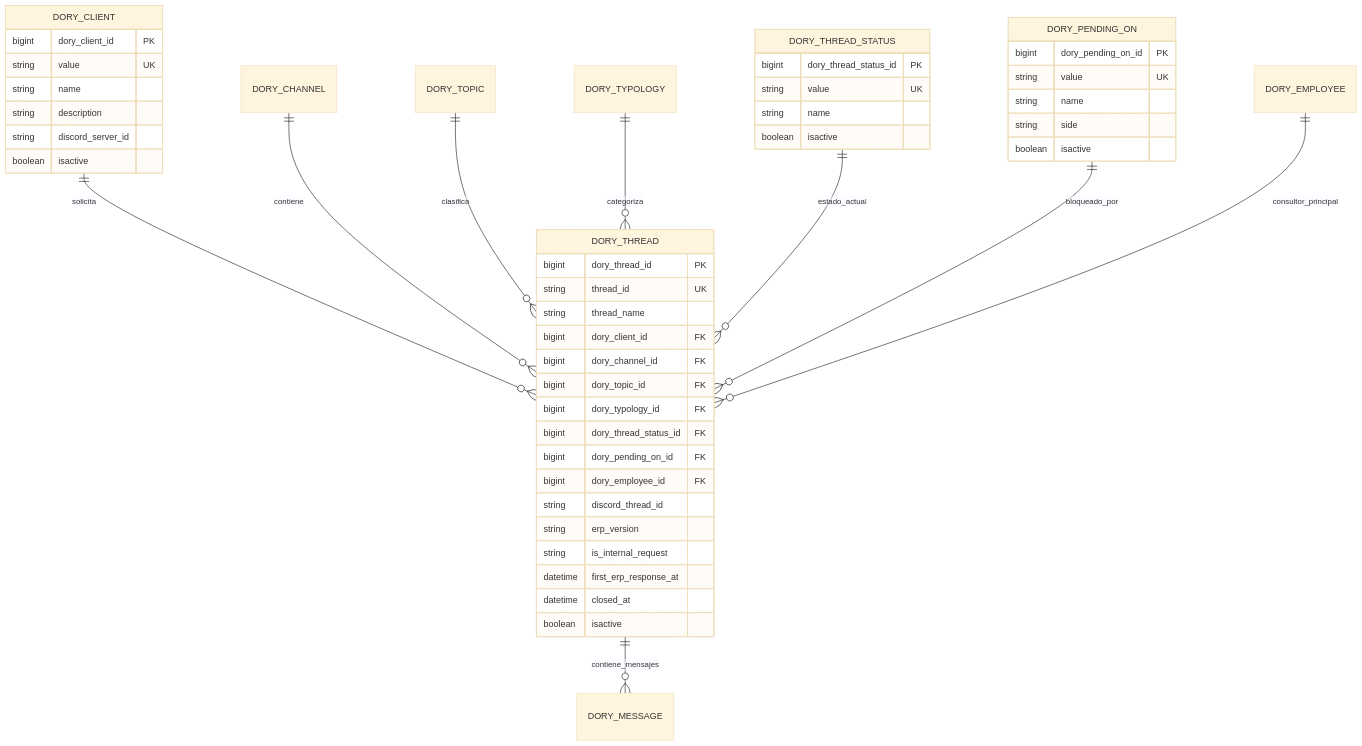
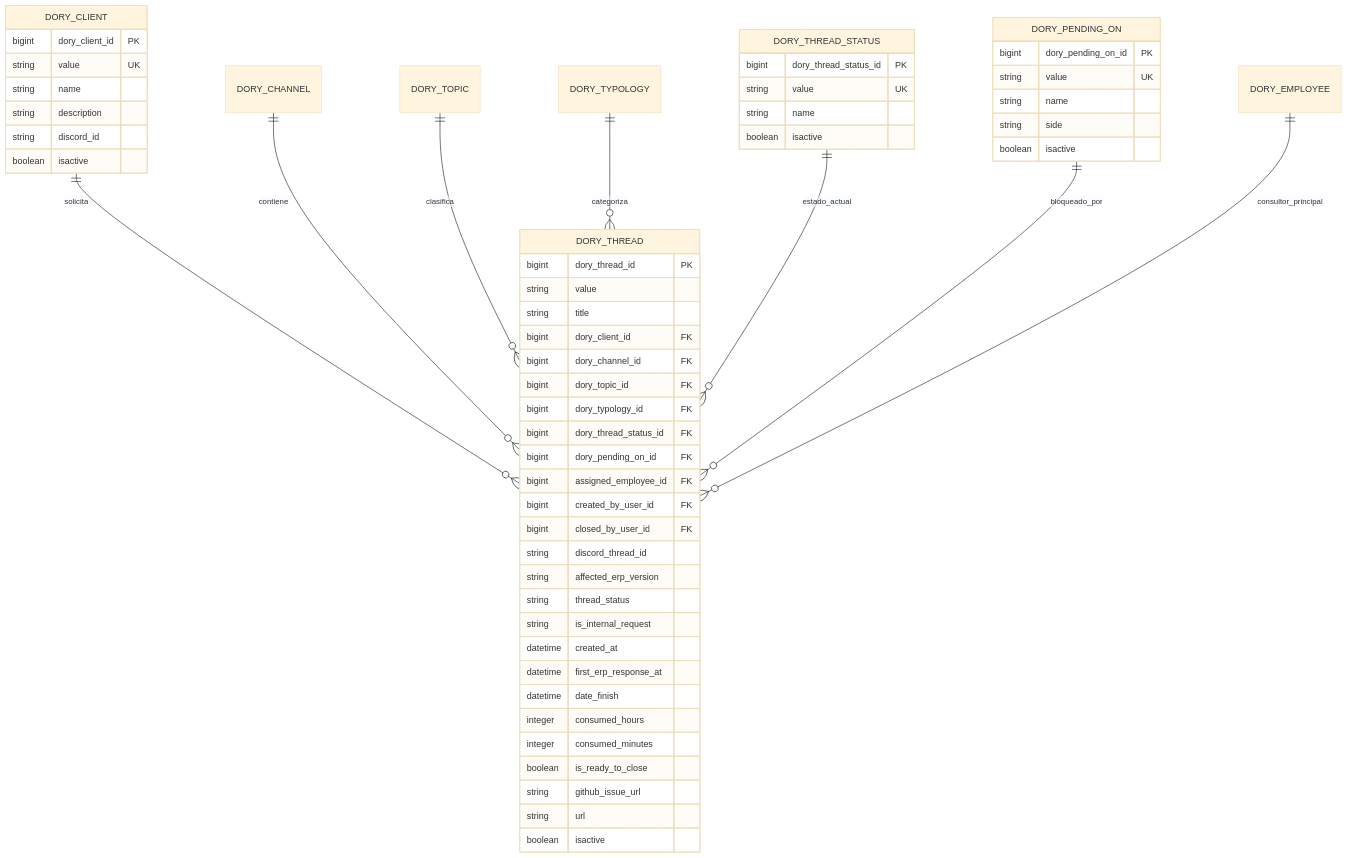
The third of 6 diagrams in docs/database/README.md (jesusalbujas/CONTROL-PST), drawn with Mermaid (base theme) before and after one commit. The commit also changed other lines of this file and 9 other files, not shown here.

````diff
--- a/docs/database/README.md
+++ b/docs/database/README.md
@@ -133,54 +132,62 @@
 ```mermaid
 erDiagram
     DORY_CLIENT ||--o{ DORY_THREAD : solicita
     DORY_CHANNEL ||--o{ DORY_THREAD : contiene
     DORY_TOPIC ||--o{ DORY_THREAD : clasifica
     DORY_TYPOLOGY ||--o{ DORY_THREAD : categoriza
     DORY_THREAD_STATUS ||--o{ DORY_THREAD : estado_actual
     DORY_PENDING_ON ||--o{ DORY_THREAD : bloqueado_por
     DORY_EMPLOYEE ||--o{ DORY_THREAD : consultor_principal
-    DORY_THREAD ||--o{ DORY_MESSAGE : contiene_mensajes
 
     DORY_THREAD {
         bigint dory_thread_id PK
-        string thread_id UK
-        string thread_name
+        string value
+        string title
         bigint dory_client_id FK
         bigint dory_channel_id FK
         bigint dory_topic_id FK
         bigint dory_typology_id FK
         bigint dory_thread_status_id FK
         bigint dory_pending_on_id FK
-        bigint dory_employee_id FK
+        bigint assigned_employee_id FK
+        bigint created_by_user_id FK
+        bigint closed_by_user_id FK
         string discord_thread_id
-        string erp_version
+        string affected_erp_version
+        string thread_status
         string is_internal_request
+        datetime created_at
         datetime first_erp_response_at
-        datetime closed_at
+        datetime date_finish
+        integer consumed_hours
+        integer consumed_minutes
+        boolean is_ready_to_close
+        string github_issue_url
+        string url
         boolean isactive
     }
 
     DORY_CLIENT {
         bigint dory_client_id PK
         string value UK
         string name
         string description
-        string discord_server_id
+        string discord_id
         boolean isactive
     }
 
     DORY_THREAD_STATUS {
         bigint dory_thread_status_id PK
         string value UK
         string name
         boolean isactive
     }
 
     DORY_PENDING_ON {
         bigint dory_pending_on_id PK
         string value UK
         string name
         string side
         boolean isactive
     }
 ```
````
